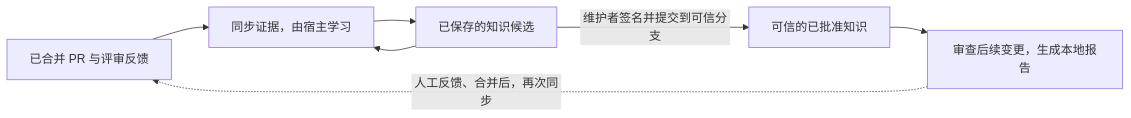
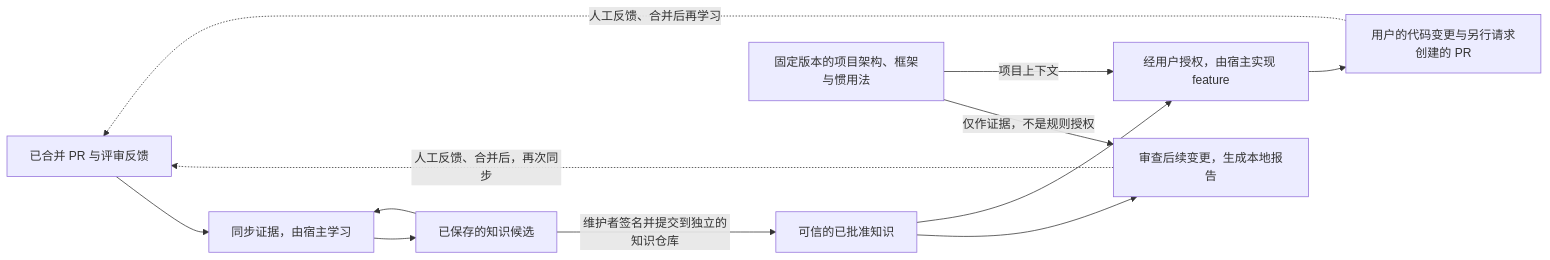
The diagram in README.zh.md (partychen/repowise), drawn with Mermaid before and after one commit. The commit also changed other lines of this file and 50 other files, not shown here.

First line of the commit message:
Unify project knowledge, PR review, and feature workflows

````diff
--- a/README.zh.md
+++ b/README.zh.md
@@ -47,9 +72,14 @@
 ```mermaid
 flowchart LR
     PR["已合并 PR 与评审反馈"] --> Learn["同步证据，由宿主学习"]
     Memory["已保存的知识候选"] --> Learn
     Learn --> Memory
-    Memory -->|维护者签名并提交到可信分支| Policy["可信的已批准知识"]
+    Memory -->|维护者签名并提交到独立的知识仓库| Policy["可信的已批准知识"]
     Policy --> Review["审查后续变更，生成本地报告"]
+    Code["固定版本的项目架构、框架与惯用法"] -->|仅作证据，不是规则授权| Review
+    Policy --> Feature["经用户授权，由宿主实现 feature"]
+    Code -->|项目上下文| Feature
+    Feature --> NewPR["用户的代码变更与另行请求创建的 PR"]
+    NewPR -.->|人工反馈、合并后再学习| PR
     Review -.->|人工反馈、合并后，再次同步| PR
 ```
````
